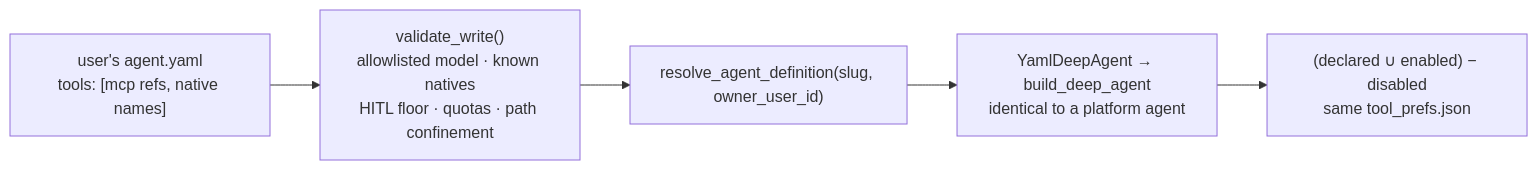
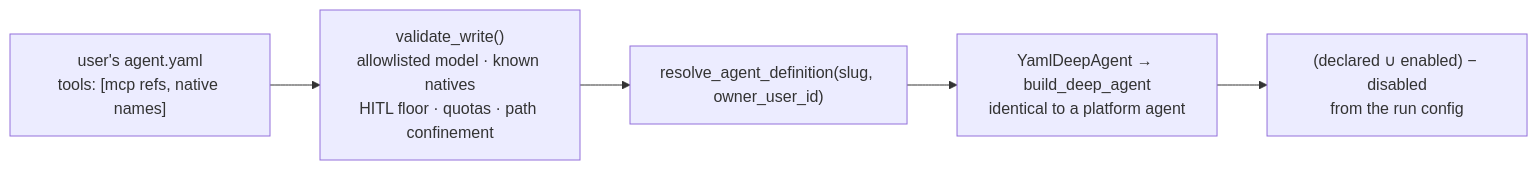
The fifth of 5 diagrams in docs/development/tool-harness.md (konstantinosmpouros/mAgenticX), drawn with Mermaid before and after one commit. The commit also changed other lines of this file and 16 other files, not shown here.

````diff
--- a/docs/development/tool-harness.md
+++ b/docs/development/tool-harness.md
@@ -175,7 +175,7 @@
 ```mermaid
 flowchart LR
     SPEC["user's agent.yaml<br/>tools: [mcp refs, native names]"] --> VAL["validate_write()<br/>allowlisted model · known natives<br/>HITL floor · quotas · path confinement"]
     VAL --> RES["resolve_agent_definition(slug, owner_user_id)"]
     RES --> BUILD["YamlDeepAgent → build_deep_agent<br/>identical to a platform agent"]
-    BUILD --> OVR["(declared ∪ enabled) − disabled<br/>same tool_prefs.json"]
+    BUILD --> OVR["(declared ∪ enabled) − disabled<br/>from the run config"]
 ```
````
